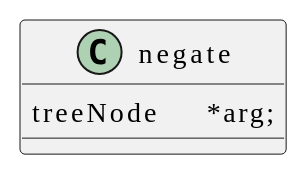
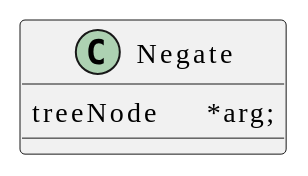
Before and after one commit to t-h2o/parsmath: the tenth of 10 diagrams in assets/README.adoc, drawn with PlantUML. The commit also changed other lines of this file and 6 other files, not shown here.

```diff
--- a/assets/README.adoc
+++ b/assets/README.adoc
@@ -118,11 +118,11 @@
 [plantuml, target=class_negate, format=svg, width=100%]
 ....
 @startuml
 skinparam defaultFontName JetBrains Mono
 
-class negate {
+class Negate {
   treeNode	*arg;
 }
 
 @enduml
 ....
```
